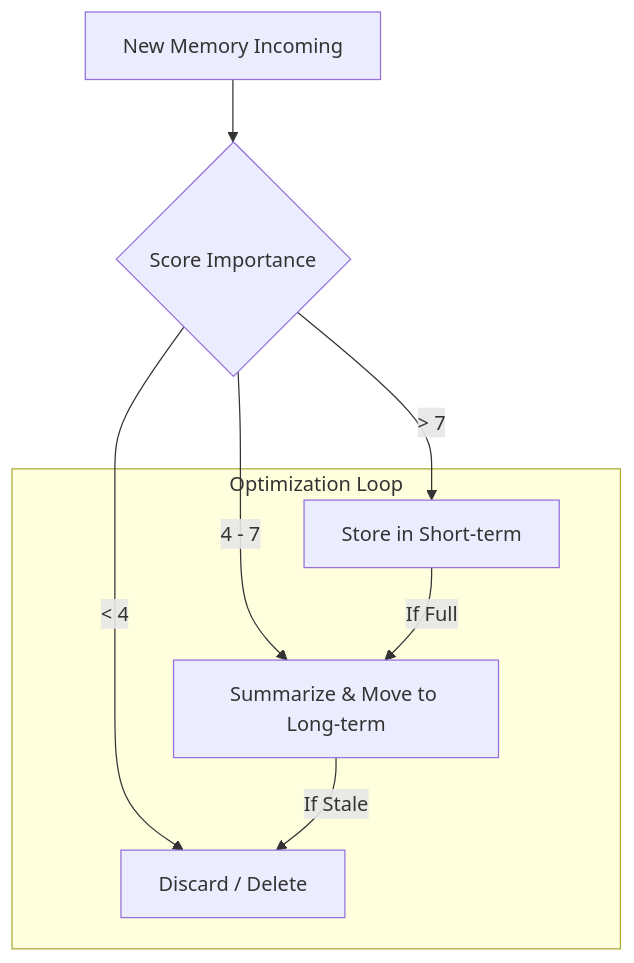
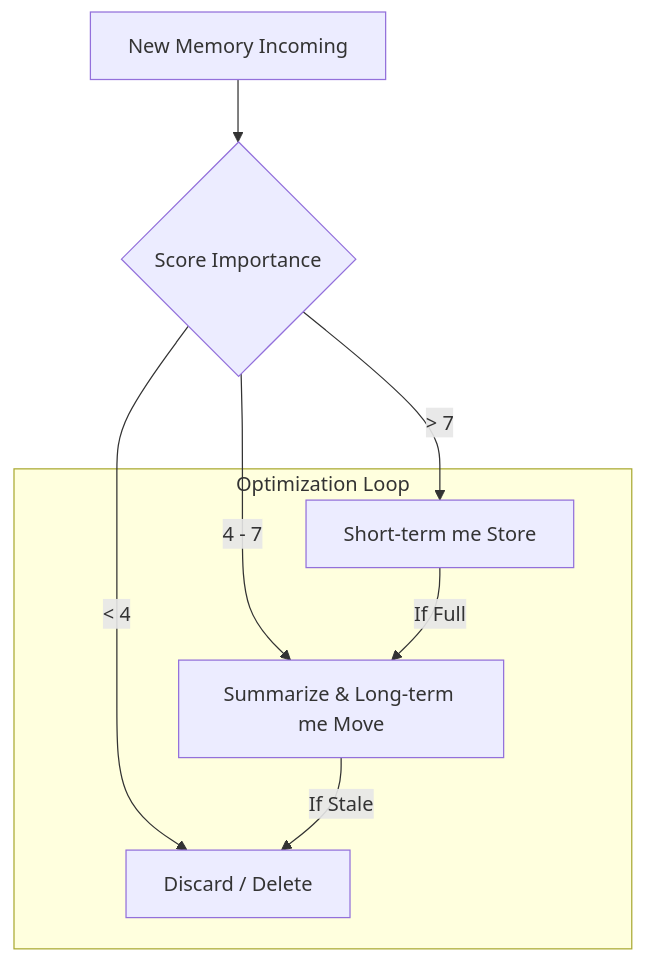
The diagram in docs/agentic_ai_learning/04_Agent_Memory_and_State/Memory_Optimization.md (Sameer-Malik20/SusaGPT-Build-LLM-From-Scratch-With-Hinglish-Learning-Material), drawn with Mermaid before and after one commit. The commit also changed other lines of this file and 25 other files, not shown here.

````diff
--- a/docs/agentic_ai_learning/04_Agent_Memory_and_State/Memory_Optimization.md
+++ b/docs/agentic_ai_learning/04_Agent_Memory_and_State/Memory_Optimization.md
@@ -29,12 +29,12 @@
 ```mermaid
 graph TD
     M[New Memory Incoming] --> S{Score Importance}
-    S -->|> 7| ST[Store in Short-term]
-    S -->|4 - 7| LT[Summarize & Move to Long-term]
+    S -->|> 7| ST[Short-term me Store]
+    S -->|4 - 7| LT[Summarize & Long-term me Move]
     S -->|< 4| D[Discard / Delete]
     
     subgraph "Optimization Loop"
     ST -->|If Full| LT
     LT -->|If Stale| D
     end
 ```
````
